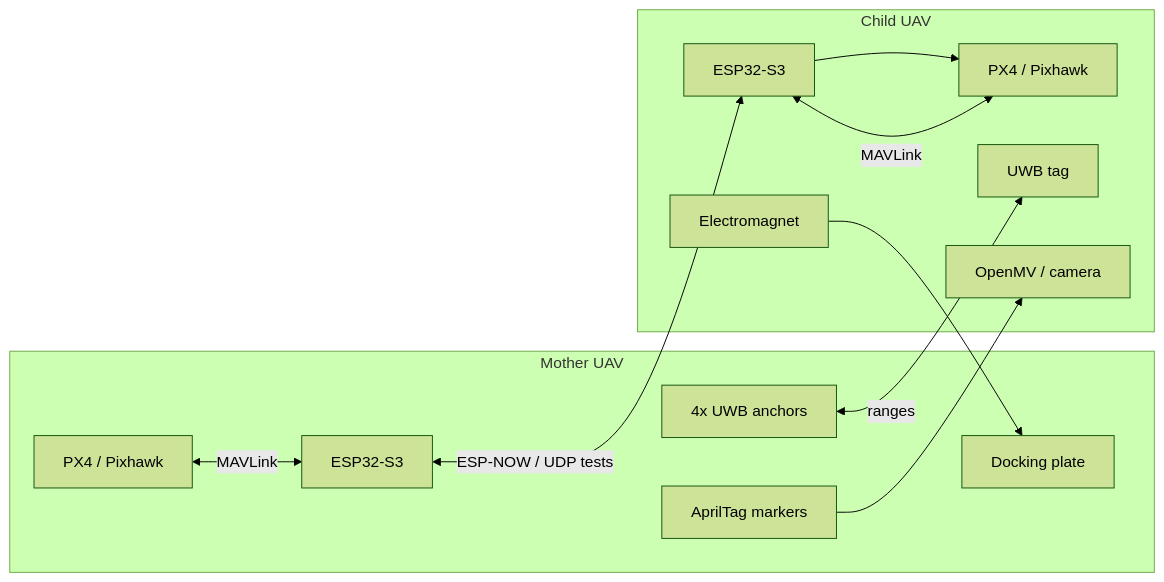
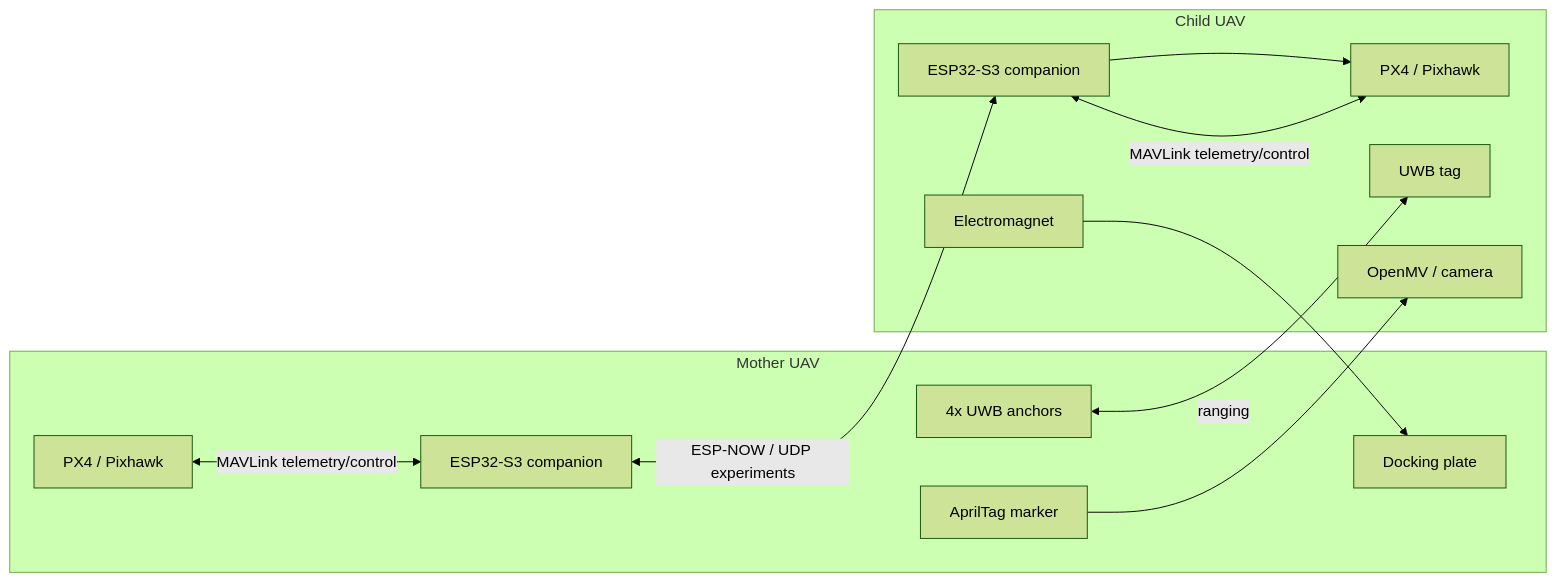
Before and after one commit to Ha22yX/Mother-Ship-Docking-Drone-System: the diagram in README.md, drawn with Mermaid (forest theme). The commit also changed other lines of this file and 1 other file, not shown here.

````diff
--- a/README.md
+++ b/README.md
@@ -52,26 +24,26 @@
 ```mermaid
 flowchart LR
     subgraph Mother["Mother UAV"]
         MFC["PX4 / Pixhawk"]
-        MESP["ESP32-S3"]
+        MESP["ESP32-S3 companion"]
         UWB_A["4x UWB anchors"]
-        TAGS["AprilTag markers"]
+        TAG["AprilTag marker"]
         PLATE["Docking plate"]
     end
 
     subgraph Child["Child UAV"]
         CFC["PX4 / Pixhawk"]
-        CESP["ESP32-S3"]
+        CESP["ESP32-S3 companion"]
         UWB_T["UWB tag"]
         CAM["OpenMV / camera"]
         MAG["Electromagnet"]
     end
 
-    MFC <-- MAVLink --> MESP
-    CFC <-- MAVLink --> CESP
-    MESP <-- ESP-NOW / UDP tests --> CESP
-    UWB_A <-- ranges --> UWB_T
-    TAGS --> CAM
+    MFC <-- MAVLink telemetry/control --> MESP
+    CFC <-- MAVLink telemetry/control --> CESP
+    MESP <-- ESP-NOW / UDP experiments --> CESP
+    UWB_A <-- ranging --> UWB_T
+    TAG --> CAM
     CESP --> CFC
     MAG --> PLATE
 ```
````
